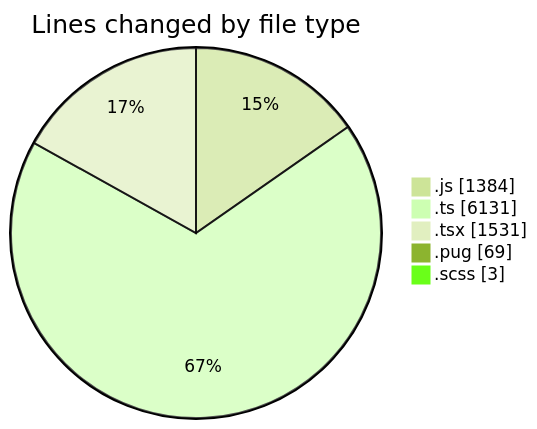
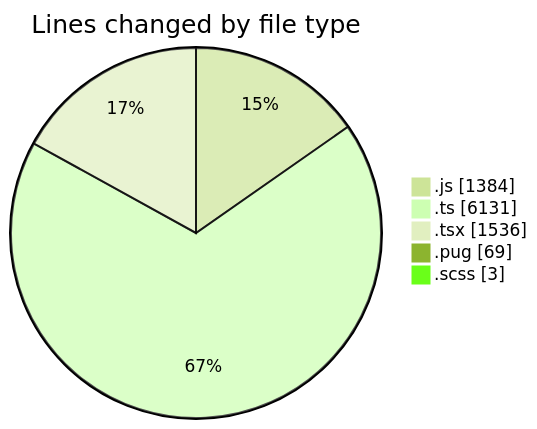
One commit to momahboobian/code-tracking changed the first of 2 diagrams in 2025-03-25/cda/README.md. Above: the diagram before and after it, drawn with Mermaid (forest theme). The commit also changed other lines of this file and 1 other file, not shown here.

````diff
--- a/2025-03-25/cda/README.md
+++ b/2025-03-25/cda/README.md
@@ -38,9 +38,9 @@
 ```mermaid
 pie showData
 title Lines changed by file type
 ".js" : 1384
 ".ts" : 6131
-".tsx" : 1531
+".tsx" : 1536
 ".pug" : 69
 ".scss" : 3
 ```
````
